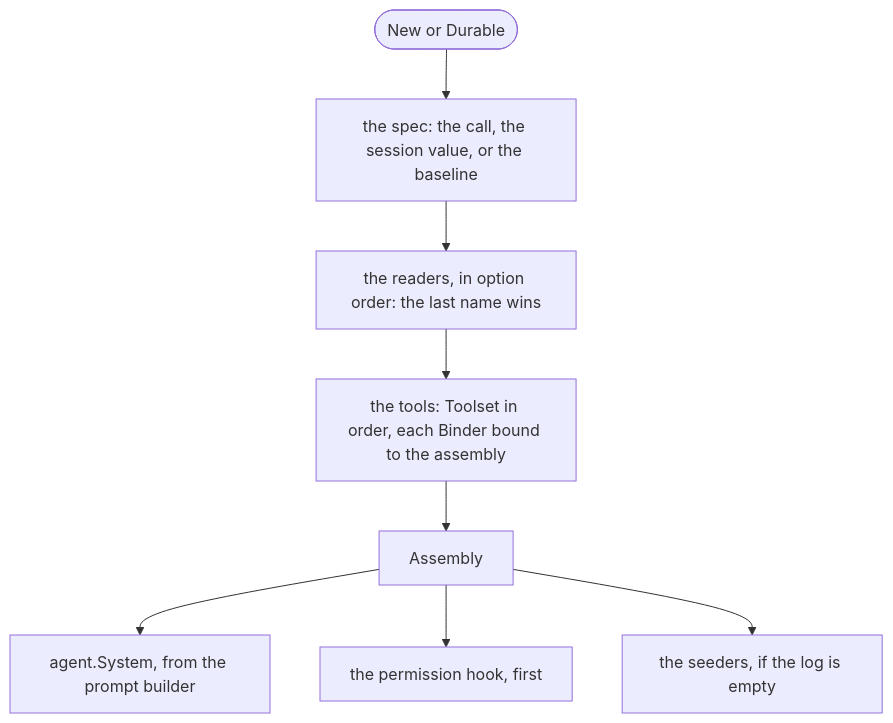
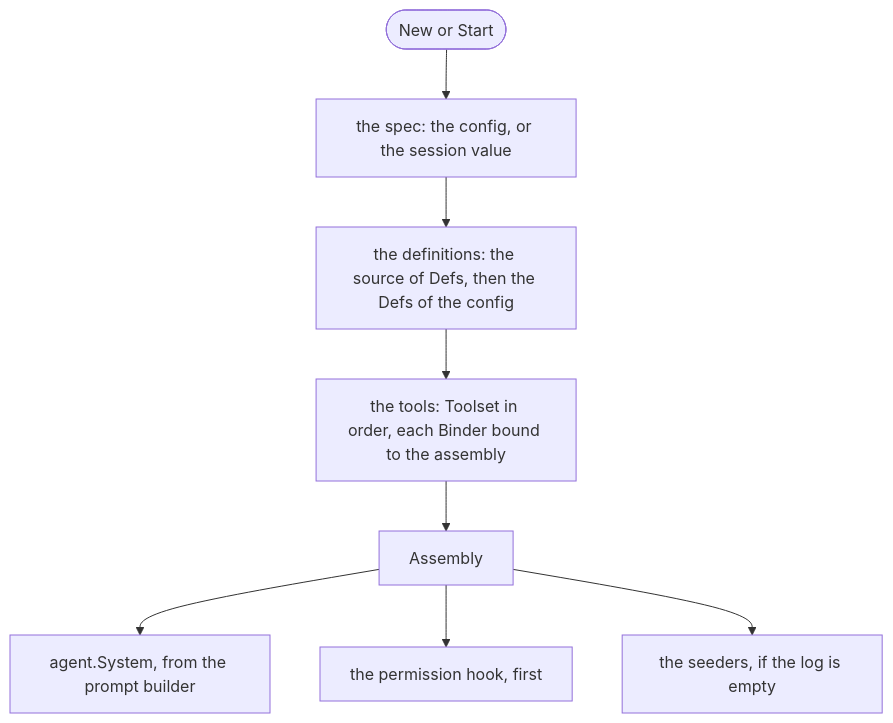
One commit to sonnes/gopi changed the diagram in docs/concepts/harness/harness.md. Above: the diagram before and after it, drawn with Mermaid. The commit also changed other lines of this file and 395 other files, not shown here.

````diff
--- a/docs/concepts/harness/harness.md
+++ b/docs/concepts/harness/harness.md
@@ -16,12 +16,12 @@
 ```mermaid
 flowchart TD
   accTitle: One call of a harness
-  accDescr: Each call resolves the spec, reads the readers, and builds the tools into an assembly. The assembly gives the agent its prompt and its permission hook, and seeds an empty log.
-  call([New or Durable]) --> spec[the spec: the call, the session value, or the baseline]
-  spec --> read[the readers, in option order: the last name wins]
+  accDescr: Each call resolves the spec, loads the definitions, and builds the tools into an assembly. The assembly gives the agent its prompt and its permission hook, and seeds an empty log.
+  call([New or Start]) --> spec[the spec: the config, or the session value]
+  spec --> read[the definitions: the source of Defs, then the Defs of the config]
   read --> tools[the tools: Toolset in order, each Binder bound to the assembly]
   tools --> asm[Assembly]
   asm --> sys[agent.System, from the prompt builder]
   asm --> hook[the permission hook, first]
   asm --> seed[the seeders, if the log is empty]
 ```
````
